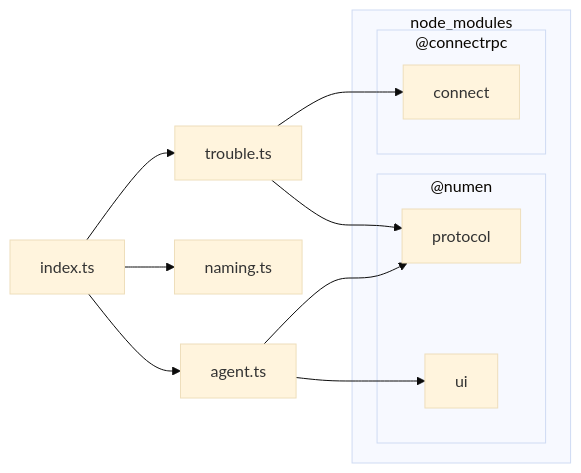
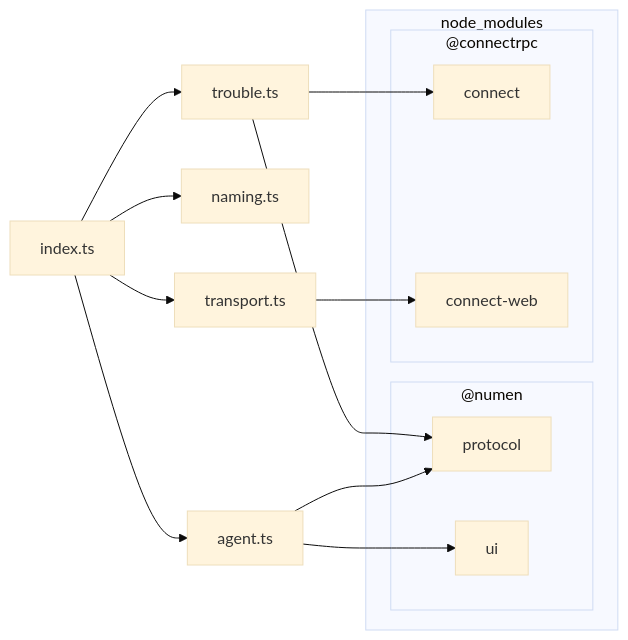
The second of 5 diagrams in docs/dependencies.md (jiva-studio/numen), drawn with Mermaid (base theme) before and after one commit. The commit also changed other lines of this file and 14 other files, not shown here.

````diff
--- a/docs/dependencies.md
+++ b/docs/dependencies.md
@@ -364,24 +362,28 @@
 ```mermaid
 flowchart LR
 
-0["agent.ts"]
-1["index.ts"]
-2["naming.ts"]
-subgraph 3["node_modules"]
-subgraph 4["@connectrpc"]
-5["connect"]
+subgraph 2["node_modules"]
+subgraph 3["@connectrpc"]
+4["connect"]
+5["connect-web"]
 end
 subgraph 6["@numen"]
 7["protocol"]
 8["ui"]
 end
 end
-9["trouble.ts"]
-0-->7
-0-->8
-1-->0
-1-->2
-1-->9
-9-->5
+9["agent.ts"]
+A["index.ts"]
+B["naming.ts"]
+C["transport.ts"]
+D["trouble.ts"]
 9-->7
+9-->8
+A-->9
+A-->B
+A-->C
+A-->D
+C-->5
+D-->4
+D-->7
 ```
````
